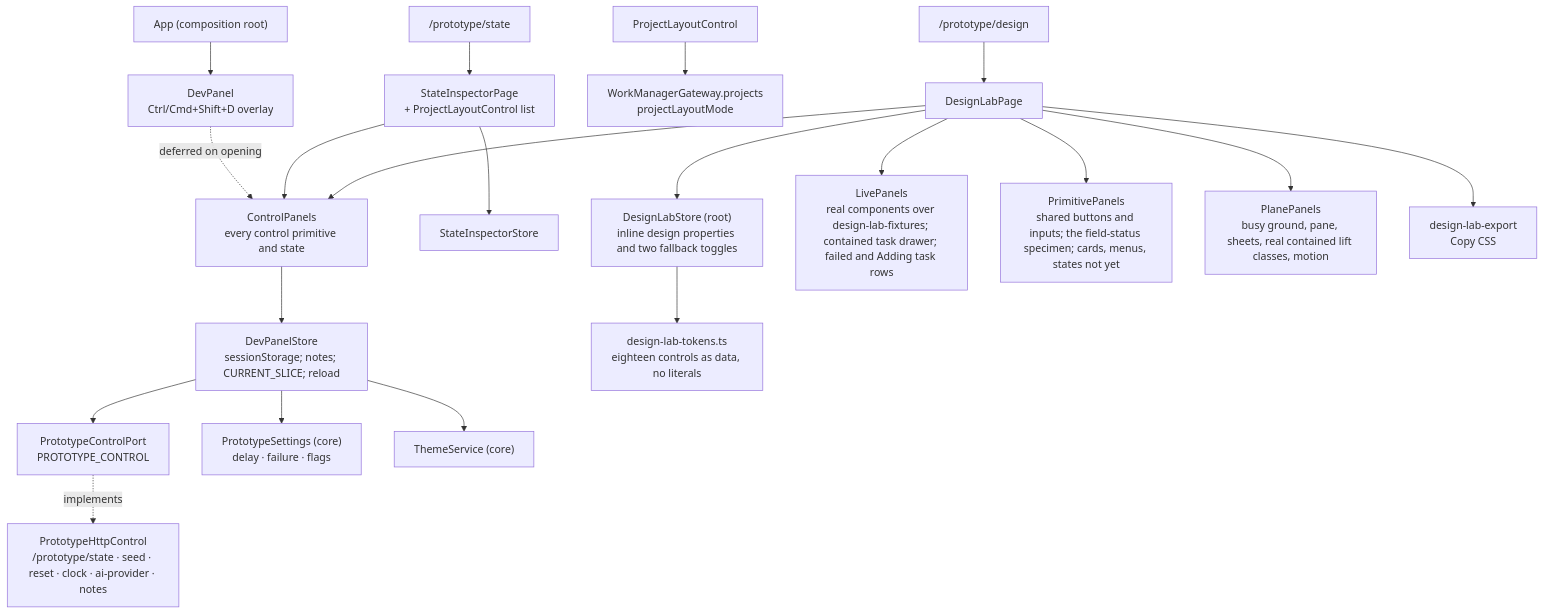
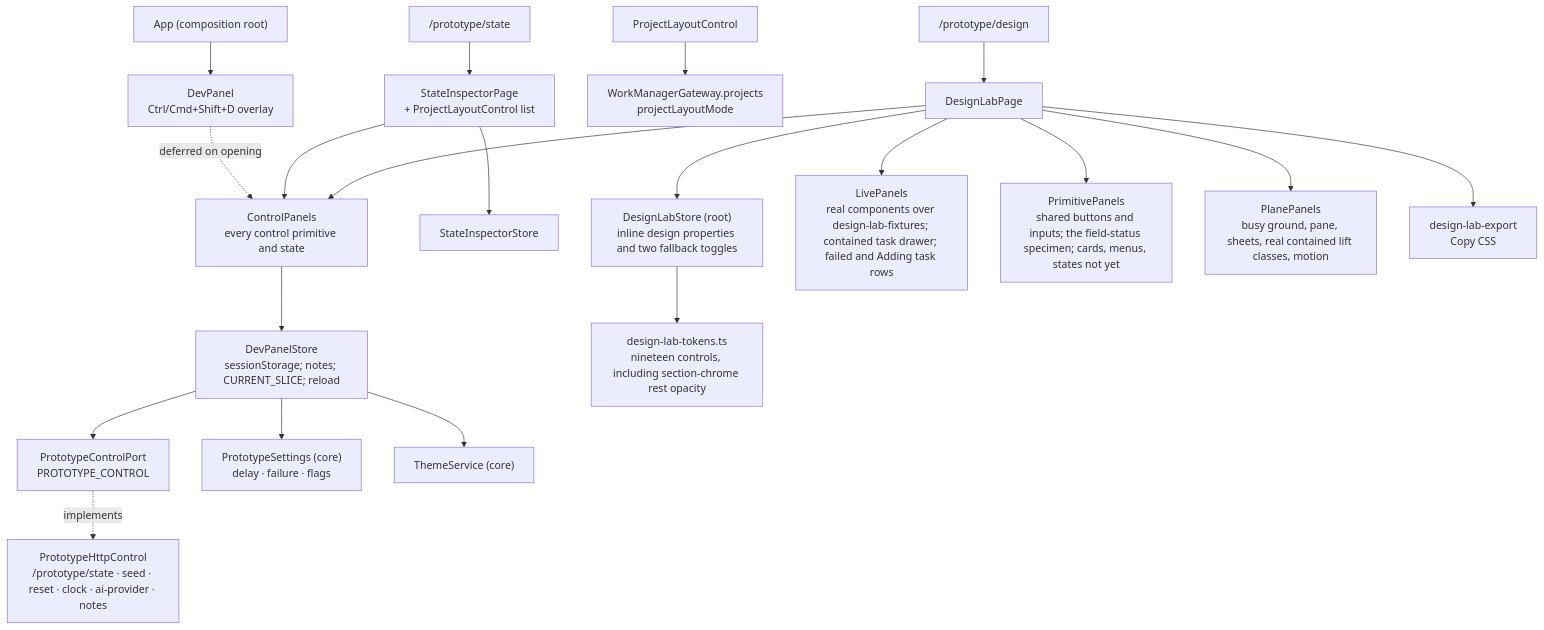
One commit to CalciteDragon/Canvas-work-manager-prototype changed the diagram in docs/architecture/web/prototype-tooling/what.md. Above: the diagram before and after it, drawn with Mermaid. The commit also changed 54 other files, not shown here.

````diff
--- a/docs/architecture/web/prototype-tooling/what.md
+++ b/docs/architecture/web/prototype-tooling/what.md
@@ -5,22 +5,22 @@
 ```mermaid
 flowchart TB
   app["App (composition root)"] --> panel["DevPanel<br/>Ctrl/Cmd+Shift+D overlay"]
   route["/prototype/state"] --> inspector["StateInspectorPage<br/>+ ProjectLayoutControl list"]
   panel -. "deferred on opening" .-> controls["DevPanelControls<br/>the one implementation of every control"]
   inspector --> controls
   controls --> dstore["DevPanelStore<br/>sessionStorage; notes; CURRENT_SLICE; reload"]
   inspector --> istore["StateInspectorStore"]
   dstore --> port["PrototypeControlPort<br/>PROTOTYPE_CONTROL"]
   port -. implements .-> http["PrototypeHttpControl<br/>/prototype/state · seed · reset · clock · ai-provider · notes"]
   dstore --> settings["PrototypeSettings (core)<br/>delay · failure · flags"]
   dstore --> theme["ThemeService (core)"]
   layout["ProjectLayoutControl"] --> gw["WorkManagerGateway.projects<br/>projectLayoutMode"]
   route2["/prototype/design"] --> lab["DesignLabPage"]
   lab --> lstore["DesignLabStore (root)<br/>inline design properties and two fallback toggles"]
   lab --> live["LivePanels<br/>real components over design-lab-fixtures; contained task drawer; failed and Adding task rows"]
   lab --> prim["PrimitivePanels<br/>shared buttons and inputs; the field-status specimen; cards, menus, states not yet"]
   lab --> controls["ControlPanels<br/>every control primitive and state"]
   lab --> planes["PlanePanels<br/>busy ground, pane, sheets, real contained lift classes, motion"]
   lab --> export["design-lab-export<br/>Copy CSS"]
-  lstore --> tokens["design-lab-tokens.ts<br/>eighteen controls as data, no literals"]
+  lstore --> tokens["design-lab-tokens.ts<br/>nineteen controls, including section-chrome rest opacity"]
 ```
````
